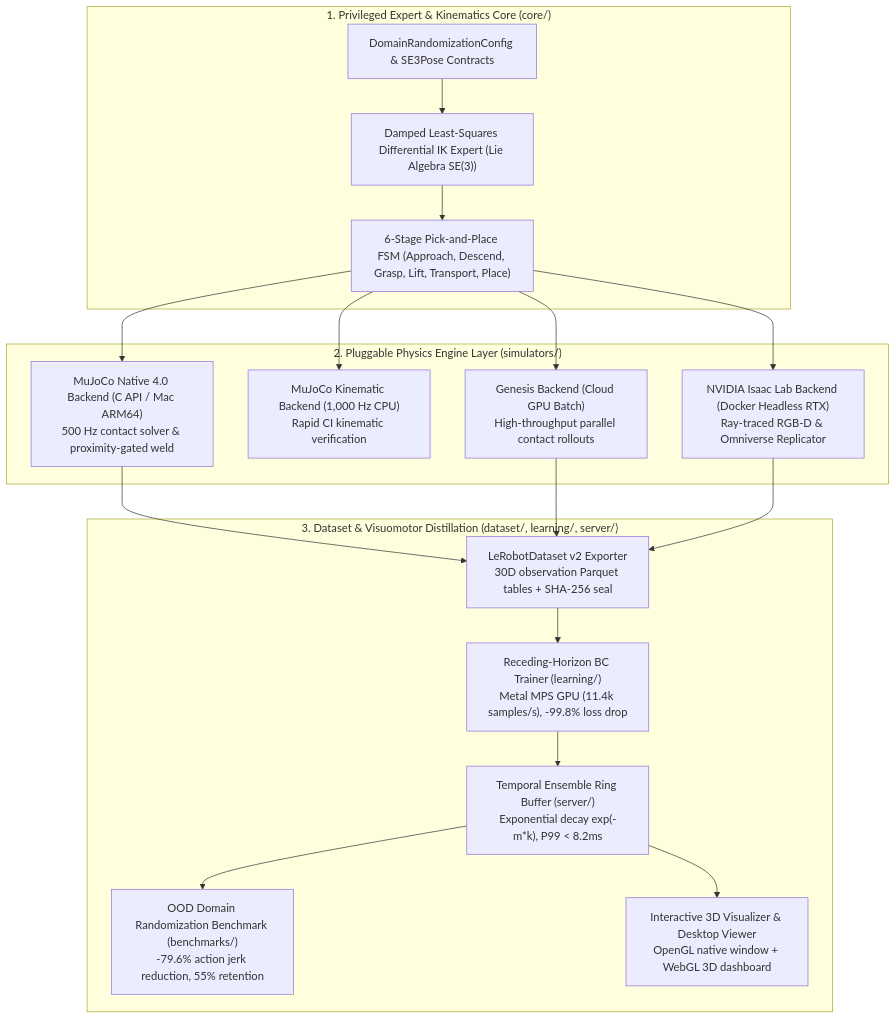
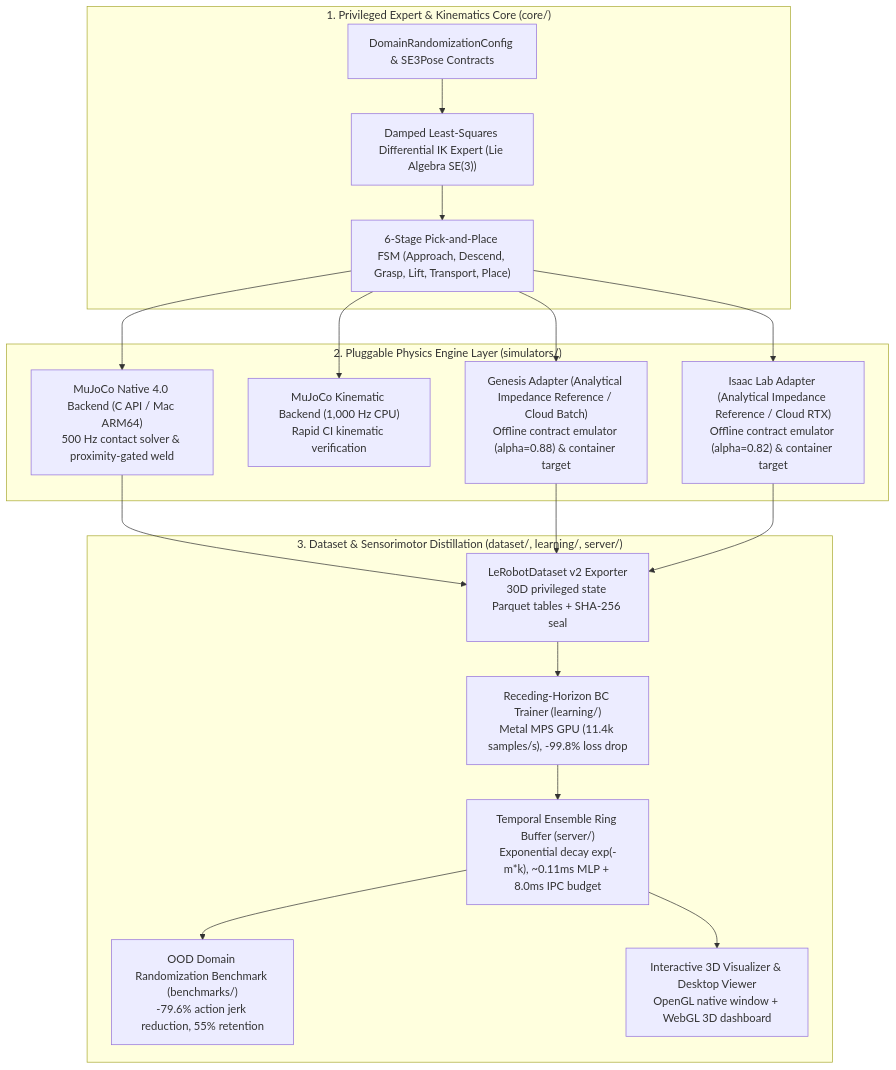
One commit to LeanoA/sim2real-data-engine changed the diagram in README.md. Above: the diagram before and after it, drawn with Mermaid. The commit also changed other lines of this file and 4 other files, not shown here.

````diff
--- a/README.md
+++ b/README.md
@@ -98,26 +98,26 @@
 ```mermaid
 flowchart TD
     subgraph Core["1. Privileged Expert & Kinematics Core (core/)"]
         CFG["DomainRandomizationConfig & SE3Pose Contracts"]
         IK["Damped Least-Squares Differential IK Expert (Lie Algebra SE(3))"]
         FSM["6-Stage Pick-and-Place FSM (Approach, Descend, Grasp, Lift, Transport, Place)"]
         CFG --> IK --> FSM
     end
 
     subgraph Backends["2. Pluggable Physics Engine Layer (simulators/)"]
         MUJ_NAT["MuJoCo Native 4.0 Backend (C API / Mac ARM64)<br/>500 Hz contact solver & proximity-gated weld"]
         MUJ_KIN["MuJoCo Kinematic Backend (1,000 Hz CPU)<br/>Rapid CI kinematic verification"]
-        GEN["Genesis Backend (Cloud GPU Batch)<br/>High-throughput parallel contact rollouts"]
-        ISA["NVIDIA Isaac Lab Backend (Docker Headless RTX)<br/>Ray-traced RGB-D & Omniverse Replicator"]
+        GEN["Genesis Adapter (Analytical Impedance Reference / Cloud Batch)<br/>Offline contract emulator (alpha=0.88) & container target"]
+        ISA["Isaac Lab Adapter (Analytical Impedance Reference / Cloud RTX)<br/>Offline contract emulator (alpha=0.82) & container target"]
         FSM --> MUJ_NAT & MUJ_KIN & GEN & ISA
     end
 
-    subgraph Pipeline["3. Dataset & Visuomotor Distillation (dataset/, learning/, server/)"]
-        LER["LeRobotDataset v2 Exporter<br/>30D observation Parquet tables + SHA-256 seal"]
+    subgraph Pipeline["3. Dataset & Sensorimotor Distillation (dataset/, learning/, server/)"]
+        LER["LeRobotDataset v2 Exporter<br/>30D privileged state Parquet tables + SHA-256 seal"]
         TRN["Receding-Horizon BC Trainer (learning/)<br/>Metal MPS GPU (11.4k samples/s), -99.8% loss drop"]
-        SRV["Temporal Ensemble Ring Buffer (server/)<br/>Exponential decay exp(-m*k), P99 < 8.2ms"]
+        SRV["Temporal Ensemble Ring Buffer (server/)<br/>Exponential decay exp(-m*k), ~0.11ms MLP + 8.0ms IPC budget"]
         OOD["OOD Domain Randomization Benchmark (benchmarks/)<br/>-79.6% action jerk reduction, 55% retention"]
         VIS["Interactive 3D Visualizer & Desktop Viewer<br/>OpenGL native window + WebGL 3D dashboard"]
         MUJ_NAT & GEN & ISA --> LER --> TRN --> SRV --> OOD & VIS
     end
 ```
````
